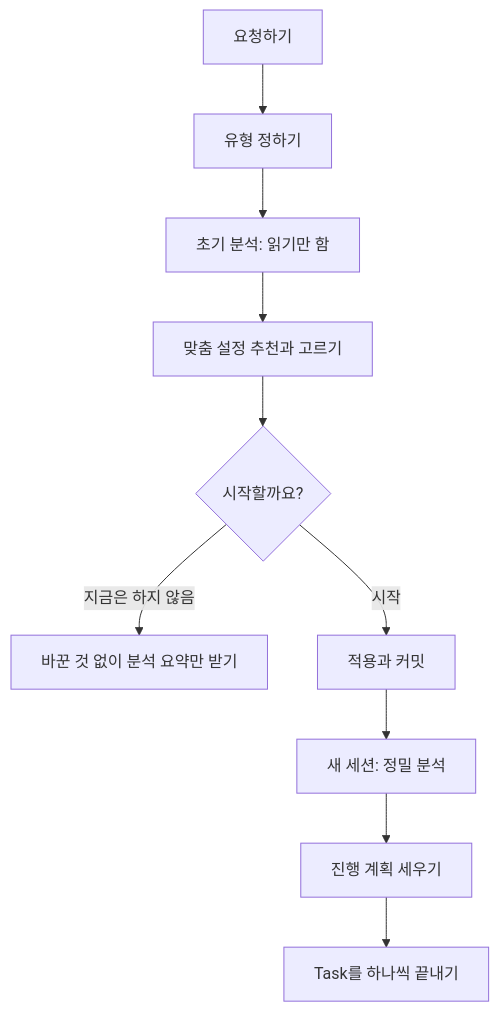
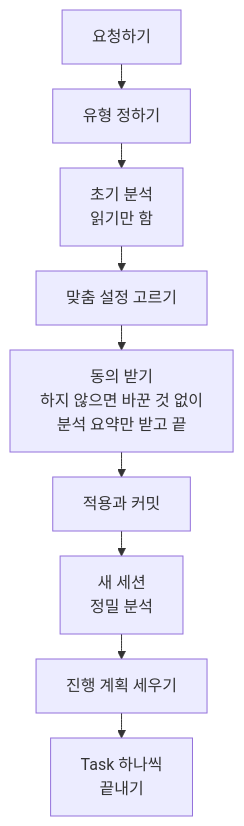
The diagram in handbook/start/adopt.md (roadkwon-ai/pro-kit), drawn with Mermaid before and after one commit. The commit also changed 26 other files, not shown here.

````diff
--- a/handbook/start/adopt.md
+++ b/handbook/start/adopt.md
@@ -47,12 +47,17 @@
 ```mermaid
+---
+config:
+  flowchart:
+    wrappingWidth: 200
+    rankSpacing: 25
+---
 flowchart TD
   A[요청하기] --> B[유형 정하기]
-  B --> C[초기 분석: 읽기만 함]
-  C --> D[맞춤 설정 추천과 고르기]
-  D --> E{시작할까요?}
-  E -->|지금은 하지 않음| X[바꾼 것 없이 분석 요약만 받기]
-  E -->|시작| F[적용과 커밋]
-  F --> G[새 세션: 정밀 분석]
+  B --> C["초기 분석<br/>읽기만 함"]
+  C --> D[맞춤 설정 고르기]
+  D --> E["동의 받기<br/>하지 않으면 바꾼 것 없이<br/>분석 요약만 받고 끝"]
+  E --> F[적용과 커밋]
+  F --> G["새 세션<br/>정밀 분석"]
   G --> H[진행 계획 세우기]
-  H --> I[Task를 하나씩 끝내기]
+  H --> I["Task 하나씩<br/>끝내기"]
 ```
````
